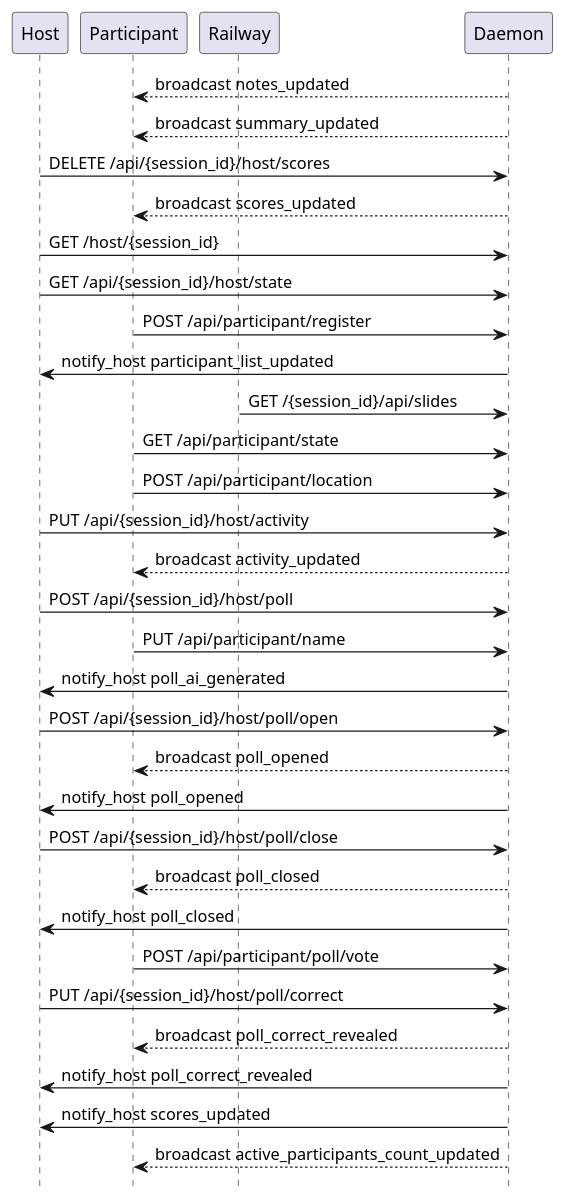
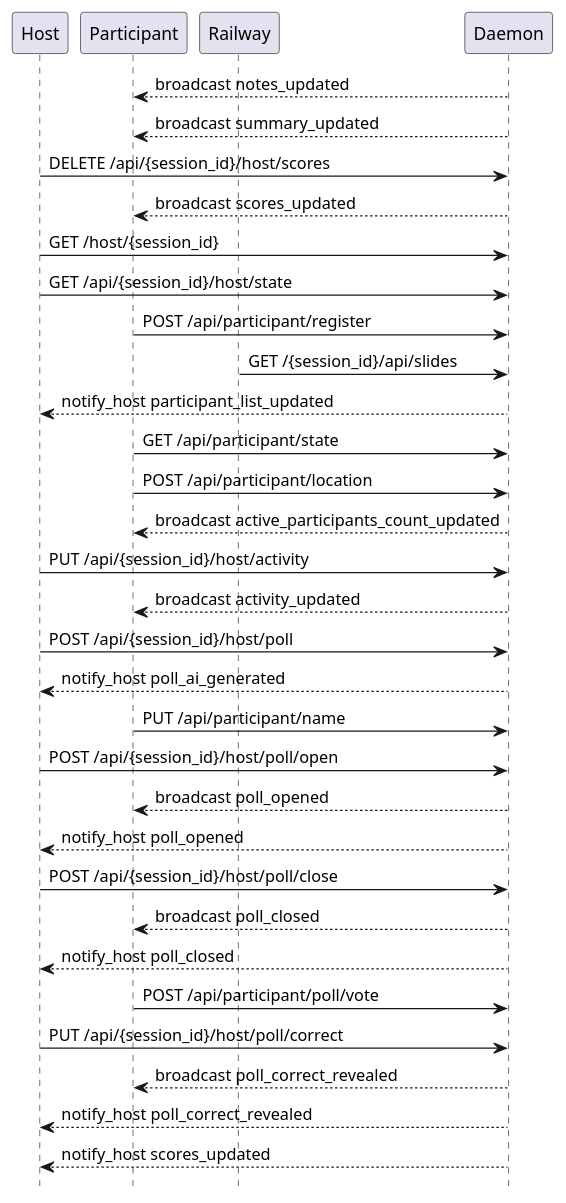
Before and after one commit to victorrentea/training-assistant: the diagram in docs/sequences/generated/03-poll-and-quiz.puml, drawn with PlantUML.

Commit message:
docs: regenerated poll diagram with dotted notify_host arrows

```diff
--- a/docs/sequences/generated/03-poll-and-quiz.puml
+++ b/docs/sequences/generated/03-poll-and-quiz.puml
@@ -1,38 +1,38 @@
 @startuml
 hide footbox
 
 participant "Host"
 participant "Participant"
 participant "Railway"
 participant "Daemon"
 
 "Daemon" --> "Participant": broadcast notes_updated
 "Daemon" --> "Participant": broadcast summary_updated
 "Host" -> "Daemon": DELETE /api/{session_id}/host/scores
 "Daemon" --> "Participant": broadcast scores_updated
 "Host" -> "Daemon": GET /host/{session_id}
 "Host" -> "Daemon": GET /api/{session_id}/host/state
 "Participant" -> "Daemon": POST /api/participant/register
-"Daemon" -> "Host": notify_host participant_list_updated
 "Railway" -> "Daemon": GET /{session_id}/api/slides
+"Daemon" --> "Host": notify_host participant_list_updated
 "Participant" -> "Daemon": GET /api/participant/state
 "Participant" -> "Daemon": POST /api/participant/location
+"Daemon" --> "Participant": broadcast active_participants_count_updated
 "Host" -> "Daemon": PUT /api/{session_id}/host/activity
 "Daemon" --> "Participant": broadcast activity_updated
 "Host" -> "Daemon": POST /api/{session_id}/host/poll
+"Daemon" --> "Host": notify_host poll_ai_generated
 "Participant" -> "Daemon": PUT /api/participant/name
-"Daemon" -> "Host": notify_host poll_ai_generated
 "Host" -> "Daemon": POST /api/{session_id}/host/poll/open
 "Daemon" --> "Participant": broadcast poll_opened
-"Daemon" -> "Host": notify_host poll_opened
+"Daemon" --> "Host": notify_host poll_opened
 "Host" -> "Daemon": POST /api/{session_id}/host/poll/close
 "Daemon" --> "Participant": broadcast poll_closed
-"Daemon" -> "Host": notify_host poll_closed
+"Daemon" --> "Host": notify_host poll_closed
 "Participant" -> "Daemon": POST /api/participant/poll/vote
 "Host" -> "Daemon": PUT /api/{session_id}/host/poll/correct
 "Daemon" --> "Participant": broadcast poll_correct_revealed
-"Daemon" -> "Host": notify_host poll_correct_revealed
-"Daemon" -> "Host": notify_host scores_updated
-"Daemon" --> "Participant": broadcast active_participants_count_updated
+"Daemon" --> "Host": notify_host poll_correct_revealed
+"Daemon" --> "Host": notify_host scores_updated
 
 @enduml
```
